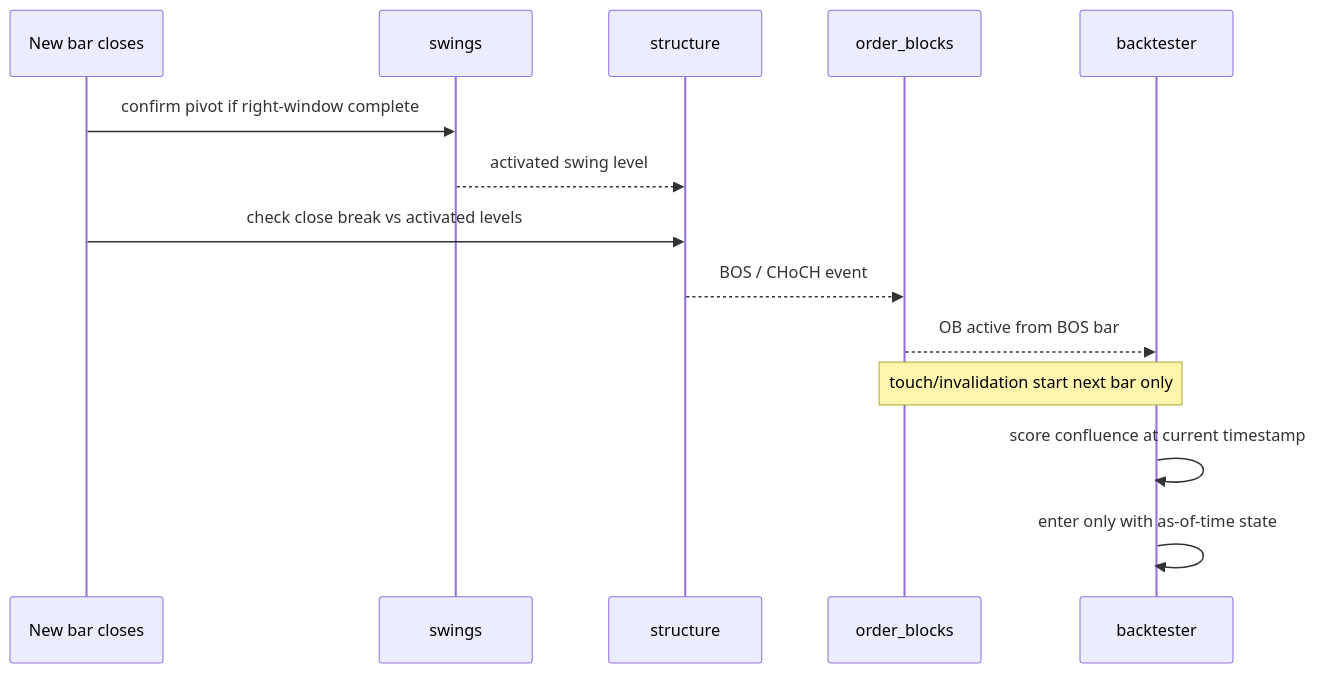
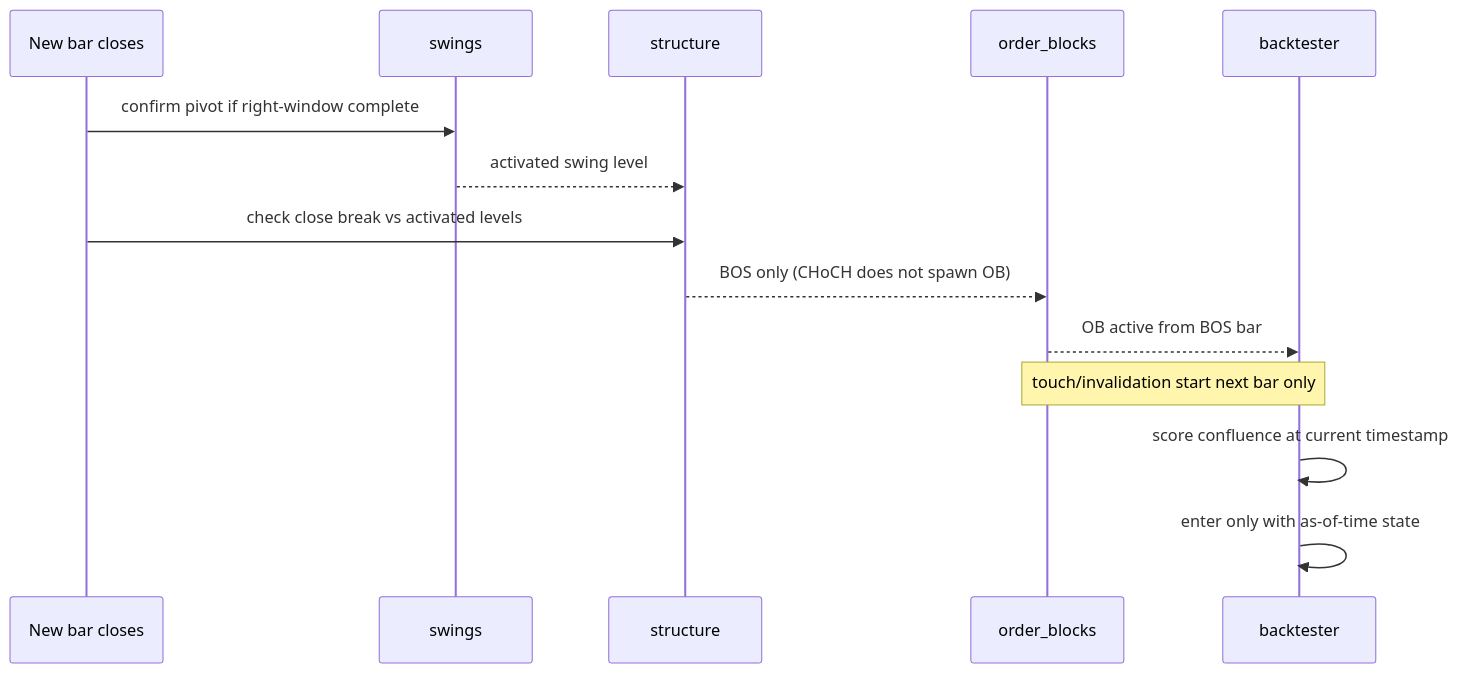
Before and after one commit to hieuspaceos/smc-ftmo: the second of 2 diagrams in docs/smc-engine-event-pipeline.md, drawn with Mermaid. The commit also changed 8 other files, not shown here.

````diff
--- a/docs/smc-engine-event-pipeline.md
+++ b/docs/smc-engine-event-pipeline.md
@@ -184,17 +184,17 @@
 ```mermaid
 sequenceDiagram
     participant Bar as New bar closes
     participant Sw as swings
     participant St as structure
     participant OB as order_blocks
     participant BT as backtester
 
     Bar->>Sw: confirm pivot if right-window complete
     Sw-->>St: activated swing level
     Bar->>St: check close break vs activated levels
-    St-->>OB: BOS / CHoCH event
+    St-->>OB: BOS only (CHoCH does not spawn OB)
     OB-->>BT: OB active from BOS bar
     Note over OB,BT: touch/invalidation start next bar only
     BT->>BT: score confluence at current timestamp
     BT->>BT: enter only with as-of-time state
 ```
````
